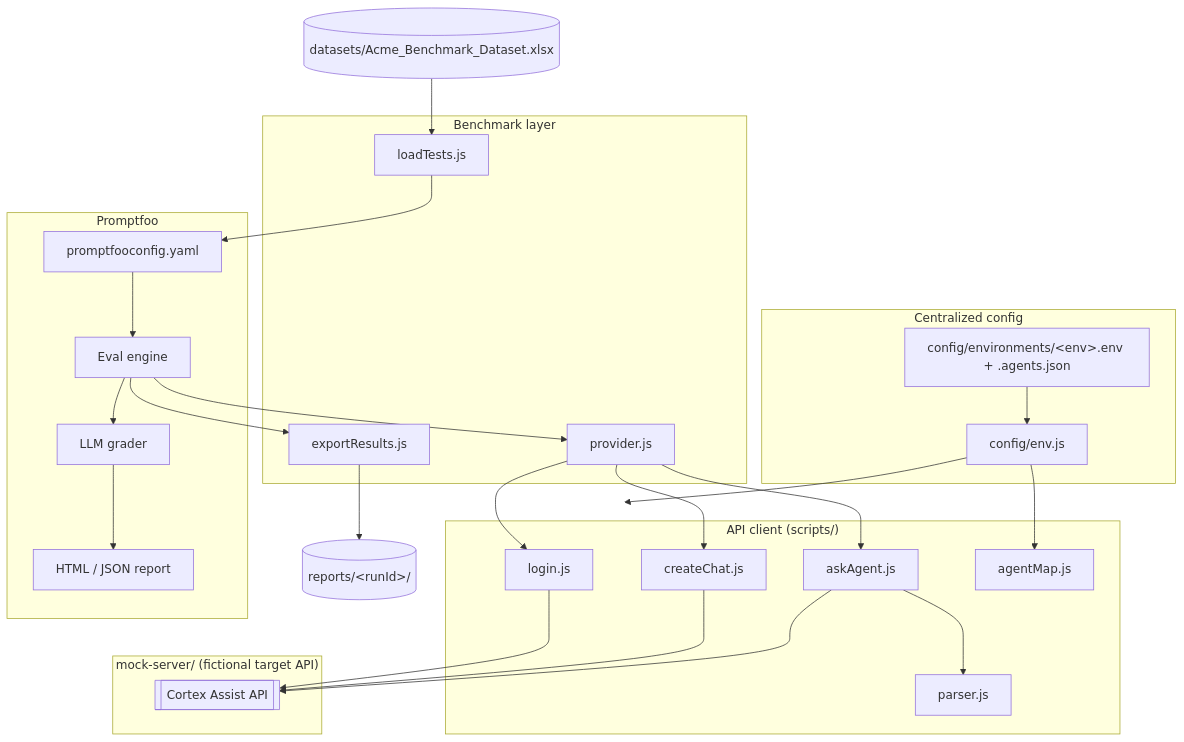
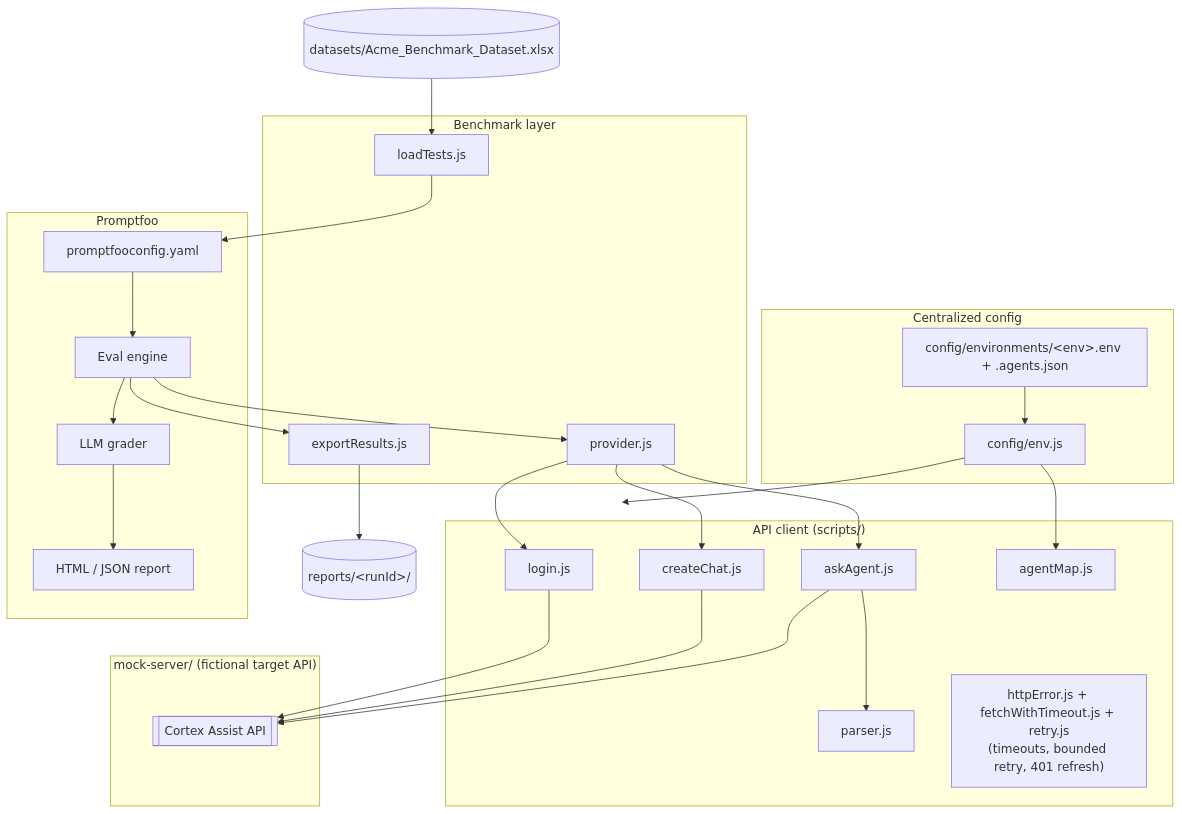
The first of 9 diagrams in README.md (mohank1234/Promtfoo_Playwright), drawn with Mermaid before and after one commit. The commit also changed other lines of this file and 2 other files, not shown here.

````diff
--- a/README.md
+++ b/README.md
@@ -37,47 +37,48 @@
 ```mermaid
 flowchart TB
     subgraph Config["Centralized config"]
         ENVFILES["config/environments/&lt;env&gt;.env + .agents.json"]
         ENVJS["config/env.js"]
     end
 
     subgraph Core["API client (scripts/)"]
         LOGIN[login.js]
         CHAT[createChat.js]
         ASK[askAgent.js]
         PARSER[parser.js]
         AGENTMAP[agentMap.js]
+        RELIABILITY["httpError.js + fetchWithTimeout.js + retry.js<br/>(timeouts, bounded retry, 401 refresh)"]
     end
 
     subgraph Bench["Benchmark layer"]
         LOADTESTS[loadTests.js]
         PROVIDER[provider.js]
         EXPORT[exportResults.js]
     end
 
     subgraph PF["Promptfoo"]
         CONFIGYAML[promptfooconfig.yaml]
         ENGINE[Eval engine]
         GRADER[LLM grader]
         REPORT[HTML / JSON report]
     end
 
     subgraph Mock["mock-server/ (fictional target API)"]
         MOCKAPI[["Cortex Assist API"]]
     end
 
     DATA[("datasets/Acme_Benchmark_Dataset.xlsx")]
     RESULTS[("reports/&lt;runId&gt;/")]
 
     ENVFILES --> ENVJS
     ENVJS --> Core
     ENVJS --> AGENTMAP
     DATA --> LOADTESTS --> CONFIGYAML --> ENGINE
     ENGINE --> PROVIDER
     PROVIDER --> LOGIN --> MOCKAPI
     PROVIDER --> CHAT --> MOCKAPI
     PROVIDER --> ASK --> MOCKAPI
     ASK --> PARSER
     ENGINE --> GRADER --> REPORT
     ENGINE --> EXPORT --> RESULTS
 ```
````
